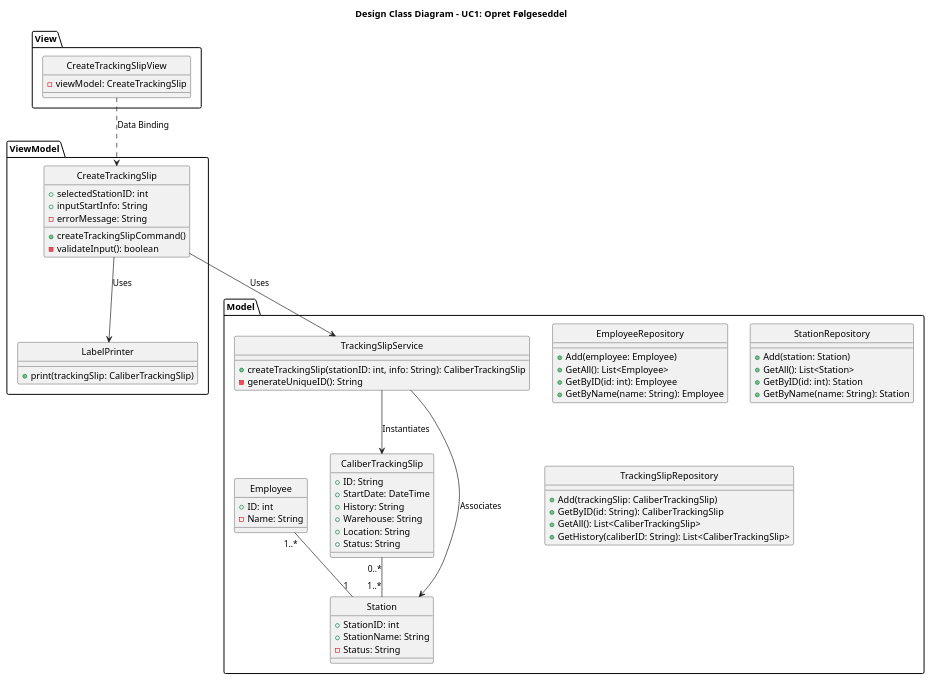
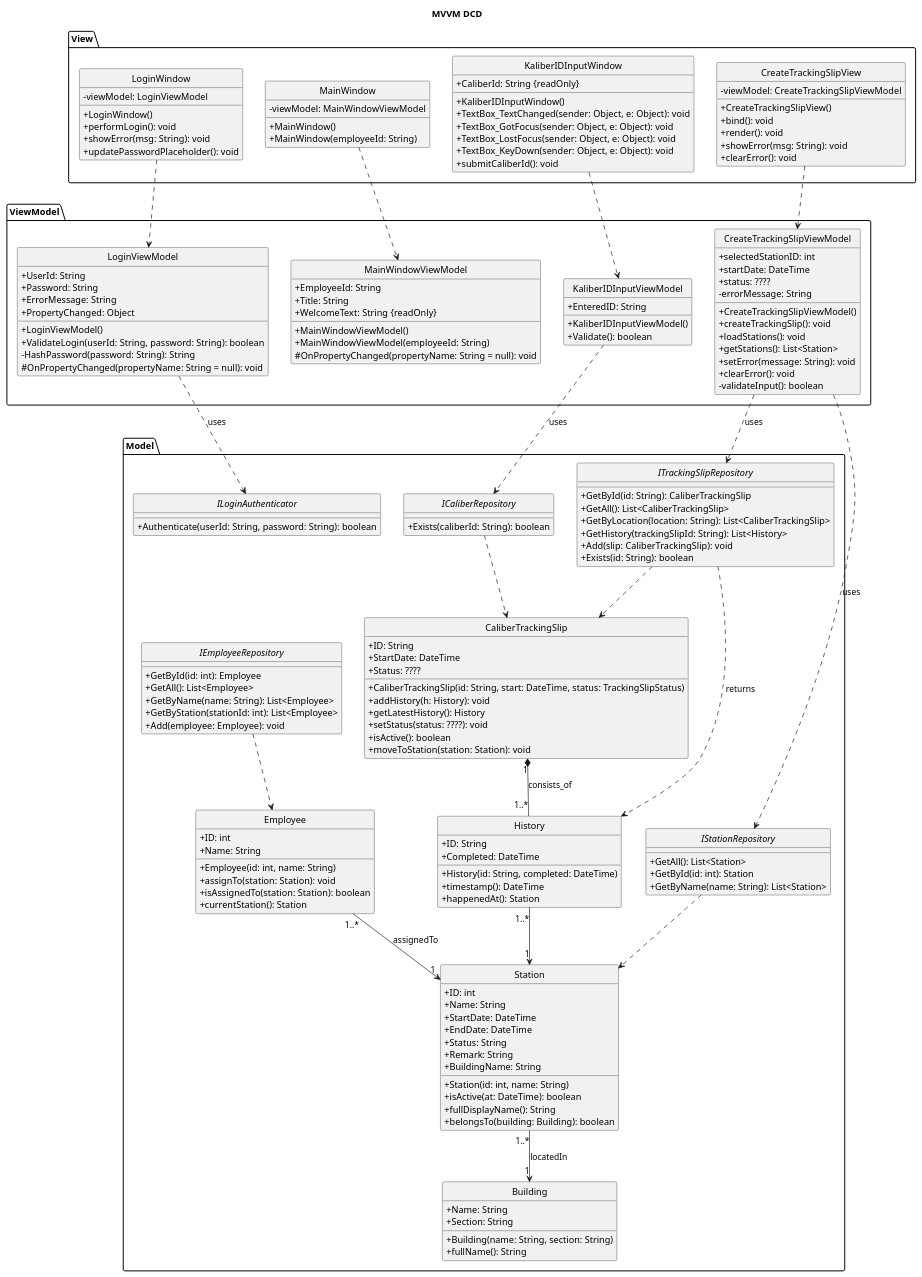
The diagram in uml_artifacts/dcd.puml (marsbo04/budweg), drawn with PlantUML before and after one commit.

Commit message:
DCD to enhance MVVM structure and update class relationships

```diff
--- a/uml_artifacts/dcd.puml
+++ b/uml_artifacts/dcd.puml
@@ -2,78 +1,205 @@
-@startuml UC1DCD
-title Design Class Diagram - UC1: Opret Følgeseddel
+@startuml DCD
+title MVVM DCD 
+
 hide circle
+skinparam classAttributeIconSize 0
+
 package "View" {
-    class CreateTrackingSlipView {
-        -viewModel: CreateTrackingSlip
-    }
+  class LoginWindow  {
+    -viewModel: LoginViewModel
+    +LoginWindow()
+    +performLogin(): void
+    +showError(msg: String): void
+    +updatePasswordPlaceholder(): void
+  }
+
+  class MainWindow {
+    -viewModel: MainWindowViewModel
+    +MainWindow()
+    +MainWindow(employeeId: String)
+  }
+
+  class KaliberIDInputWindow  {
+    +CaliberId: String {readOnly}
+    +KaliberIDInputWindow()
+    +TextBox_TextChanged(sender: Object, e: Object): void
+    +TextBox_GotFocus(sender: Object, e: Object): void
+    +TextBox_LostFocus(sender: Object, e: Object): void
+    +TextBox_KeyDown(sender: Object, e: Object): void
+    +submitCaliberId(): void
+  }
+
+  class CreateTrackingSlipView  {
+    -viewModel: CreateTrackingSlipViewModel
+    +CreateTrackingSlipView()
+    +bind(): void
+    +render(): void
+    +showError(msg: String): void
+    +clearError(): void
+  }
 }
 
 package "ViewModel" {
-    class CreateTrackingSlip {
-        +selectedStationID: int
-        +inputStartInfo: String
-        -errorMessage: String
-        +createTrackingSlipCommand()
-        -validateInput(): boolean
-    }
-    
-    class LabelPrinter {
-        +print(trackingSlip: CaliberTrackingSlip)
-    }
+  class LoginViewModel  {
+    +UserId: String
+    +Password: String
+    +ErrorMessage: String
+    +PropertyChanged: Object
+
+    +LoginViewModel()
+    +ValidateLogin(userId: String, password: String): boolean
+    -HashPassword(password: String): String
+    #OnPropertyChanged(propertyName: String = null): void
+  }
+
+  class MainWindowViewModel  {
+    +EmployeeId: String
+    +Title: String
+    +WelcomeText: String {readOnly}
+
+    +MainWindowViewModel()
+    +MainWindowViewModel(employeeId: String)
+    #OnPropertyChanged(propertyName: String = null): void
+  }
+
+  class KaliberIDInputViewModel  {
+    +EnteredID: String
+
+    +KaliberIDInputViewModel()
+    +Validate(): boolean
+  }
+
+  class CreateTrackingSlipViewModel  {
+    +selectedStationID: int
+    +startDate: DateTime
+    +status: ????
+    -errorMessage: String
+
+    +CreateTrackingSlipViewModel()
+    +createTrackingSlip(): void
+    +loadStations(): void
+    +getStations(): List<Station>
+    +setError(message: String): void
+    +clearError(): void
+    -validateInput(): boolean
+  }
 }
 
+
 package "Model" {
-    class TrackingSlipService {
-        +createTrackingSlip(stationID: int, info: String): CaliberTrackingSlip
-        -generateUniqueID(): String
-    }
+  interface ITrackingSlipRepository {
+    +GetById(id: String): CaliberTrackingSlip
+    +GetAll(): List<CaliberTrackingSlip>
+    +GetByLocation(location: String): List<CaliberTrackingSlip>
+    +GetHistory(trackingSlipId: String): List<History>
+    +Add(slip: CaliberTrackingSlip): void
+    +Exists(id: String): boolean
+  }
 
-    class CaliberTrackingSlip {
-        +ID: String
-        +StartDate: DateTime
-        +History: String
-        +Warehouse: String
-        +Location: String
-        +Status: String
-    }
+  interface IStationRepository {
+    +GetAll(): List<Station>
+    +GetById(id: int): Station
+    +GetByName(name: String): List<Station>
+  }
 
-    class Station {
-        +StationID: int
-        +StationName: String
-        -Status: String
-    }
+  interface IEmployeeRepository {
+    +GetById(id: int): Employee
+    +GetAll(): List<Employee>
+    +GetByName(name: String): List<Employee>
+    +GetByStation(stationId: int): List<Employee>
+    +Add(employee: Employee): void
+  }
 
-    class Employee {
-        +ID: int
-        -Name: String
-    }
+  interface ILoginAuthenticator {
+    +Authenticate(userId: String, password: String): boolean
+  }
 
-    class EmployeeRepository {
-        +Add(employee: Employee)
-        +GetAll(): List<Employee>
-        +GetByID(id: int): Employee
-        +GetByName(name: String): Employee
-    }
-    class StationRepository {
-        +Add(station: Station)
-        +GetAll(): List<Station>
-        +GetByID(id: int): Station
-        +GetByName(name: String): Station
-    }
-    class TrackingSlipRepository {
-        +Add(trackingSlip: CaliberTrackingSlip)
-        +GetByID(id: String): CaliberTrackingSlip
-        +GetAll(): List<CaliberTrackingSlip>
-        +GetHistory(caliberID: String): List<CaliberTrackingSlip>
-    }
+  interface ICaliberRepository {
+    +Exists(caliberId: String): boolean
+  }
 }
 
-CreateTrackingSlipView ..> CreateTrackingSlip : Data Binding
-CreateTrackingSlip --> TrackingSlipService : Uses
-TrackingSlipService --> CaliberTrackingSlip : Instantiates
-TrackingSlipService --> Station : Associates
-CaliberTrackingSlip "0..*" -- "1..*" Station
-Employee "1..*" -- "1" Station
-CreateTrackingSlip --> LabelPrinter : Uses
+
+package "Model" {
+
+
+  class CaliberTrackingSlip  {
+    +ID: String
+    +StartDate: DateTime
+    +Status: ????
+
+    +CaliberTrackingSlip(id: String, start: DateTime, status: TrackingSlipStatus)
+    +addHistory(h: History): void
+    +getLatestHistory(): History
+    +setStatus(status: ????): void
+    +isActive(): boolean
+    +moveToStation(station: Station): void
+  }
+
+  class History  {
+    +ID: String
+    +Completed: DateTime
+
+    +History(id: String, completed: DateTime)
+    +timestamp(): DateTime
+    +happenedAt(): Station
+  }
+
+  class Employee  {
+    +ID: int
+    +Name: String
+
+    +Employee(id: int, name: String)
+    +assignTo(station: Station): void
+    +isAssignedTo(station: Station): boolean
+    +currentStation(): Station
+  }
+
+  class Station  {
+    +ID: int
+    +Name: String
+    +StartDate: DateTime
+    +EndDate: DateTime
+    +Status: String
+    +Remark: String
+    +BuildingName: String
+
+    +Station(id: int, name: String)
+    +isActive(at: DateTime): boolean
+    +fullDisplayName(): String
+    +belongsTo(building: Building): boolean
+  }
+
+  class Building {
+    +Name: String
+    +Section: String
+
+    +Building(name: String, section: String)
+    +fullName(): String
+  }
+}
+
+LoginWindow ..> LoginViewModel 
+MainWindow ..> MainWindowViewModel 
+KaliberIDInputWindow ..> KaliberIDInputViewModel 
+CreateTrackingSlipView ..> CreateTrackingSlipViewModel 
+
+LoginViewModel ..> ILoginAuthenticator : uses
+KaliberIDInputViewModel ..> ICaliberRepository : uses
+CreateTrackingSlipViewModel ..> IStationRepository : uses
+CreateTrackingSlipViewModel ..> ITrackingSlipRepository : uses
+
+
+ITrackingSlipRepository ..> CaliberTrackingSlip 
+ITrackingSlipRepository ..> History : returns
+IStationRepository ..> Station
+IEmployeeRepository ..> Employee
+ICaliberRepository ..> CaliberTrackingSlip 
+
+
+CaliberTrackingSlip "1" *-- "1..*" History : consists_of
+History "1..*" --> "1" Station 
+Employee "1..*" --> "1" Station : assignedTo
+Station "1..*" --> "1" Building : locatedIn
 
 @enduml
```
